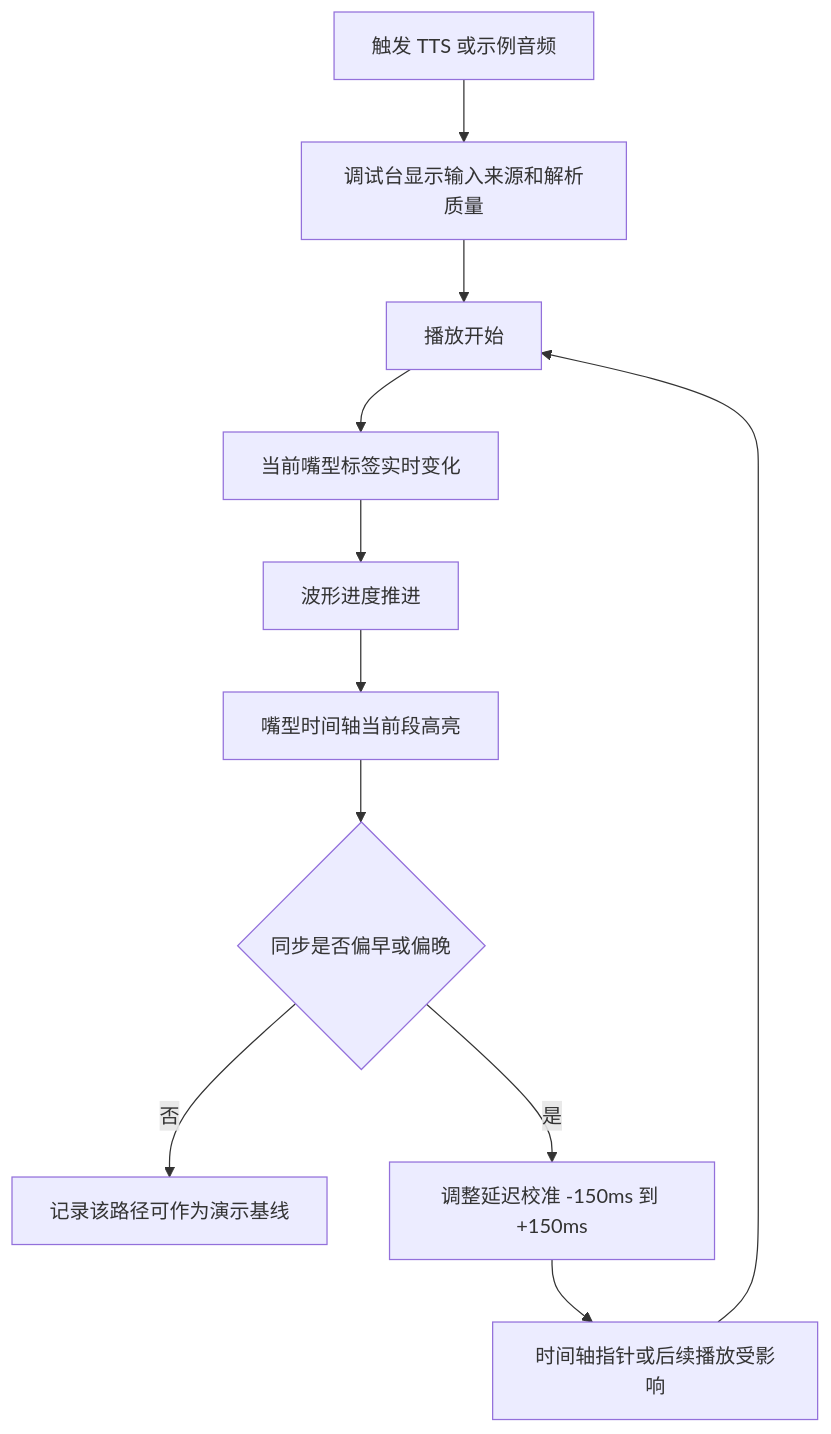
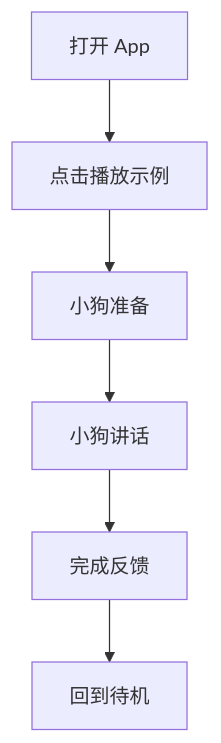
The second of 3 diagrams in docs/planning-artifacts/ux-design-specification.md (synchronized8/digital-dog), drawn with Mermaid before and after one commit. The commit also changed other lines of this file and 48 other files, not shown here.

````diff
--- a/docs/planning-artifacts/ux-design-specification.md
+++ b/docs/planning-artifacts/ux-design-specification.md
@@ -406,13 +155,8 @@
 ```mermaid
 flowchart TD
-  A[触发 TTS 或示例音频] --> B[调试台显示输入来源和解析质量]
-  B --> C[播放开始]
-  C --> D[当前嘴型标签实时变化]
-  D --> E[波形进度推进]
-  E --> F[嘴型时间轴当前段高亮]
-  F --> G{同步是否偏早或偏晚}
-  G -- 否 --> H[记录该路径可作为演示基线]
-  G -- 是 --> I[调整延迟校准 -150ms 到 +150ms]
-  I --> J[时间轴指针或后续播放受影响]
-  J --> C
+  A[打开 App] --> B[点击播放示例]
+  B --> C[小狗准备]
+  C --> D[小狗讲话]
+  D --> E[完成反馈]
+  E --> F[回到待机]
 ```
````
